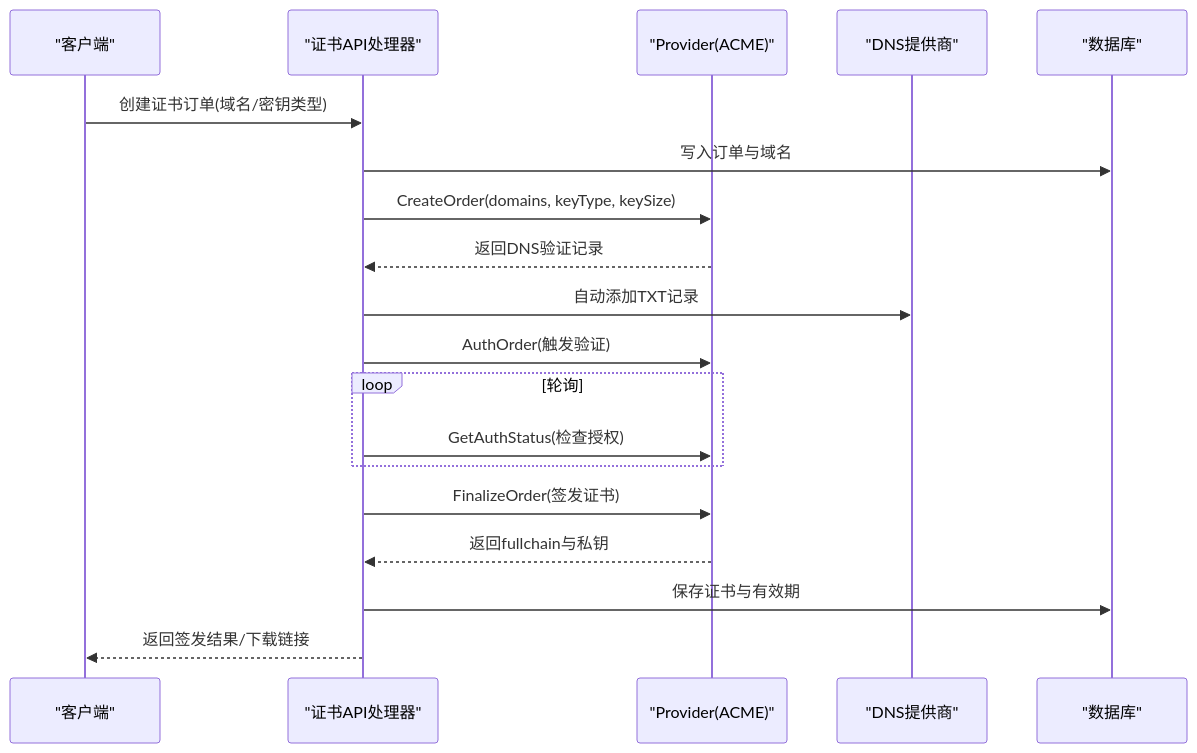
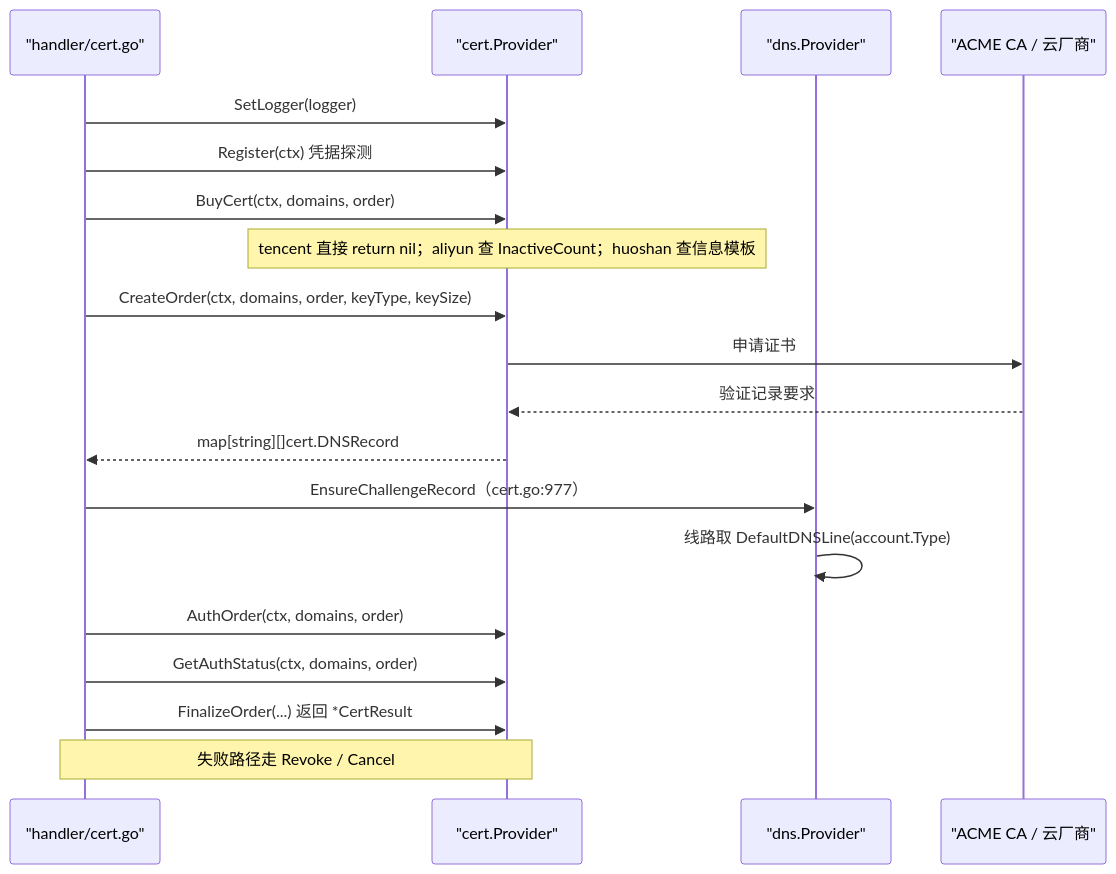
The second of 2 diagrams in docs/扩展开发/证书提供商扩展.md (x01n/dnsplane), drawn with Mermaid before and after one commit. The commit also changed other lines of this file and 326 other files, not shown here.

````diff
--- a/docs/扩展开发/证书提供商扩展.md
+++ b/docs/扩展开发/证书提供商扩展.md
@@ -114,21 +163,21 @@
 ```mermaid
 sequenceDiagram
-participant Client as "客户端"
-participant API as "证书API处理器"
-participant Prov as "Provider(ACME)"
-participant DNS as "DNS提供商"
-participant DB as "数据库"
-Client->>API : 创建证书订单(域名/密钥类型)
-API->>DB : 写入订单与域名
-API->>Prov : CreateOrder(domains, keyType, keySize)
-Prov-->>API : 返回DNS验证记录
-API->>DNS : 自动添加TXT记录
-API->>Prov : AuthOrder(触发验证)
-loop 轮询
-API->>Prov : GetAuthStatus(检查授权)
-end
-API->>Prov : FinalizeOrder(签发证书)
-Prov-->>API : 返回fullchain与私钥
-API->>DB : 保存证书与有效期
-API-->>Client : 返回签发结果/下载链接
+participant H as "handler/cert.go"
+participant CP as "cert.Provider"
+participant DP as "dns.Provider"
+participant CA as "ACME CA / 云厂商"
+H->>CP : SetLogger(logger)
+H->>CP : Register(ctx) 凭据探测
+H->>CP : BuyCert(ctx, domains, order)
+Note over CP : tencent 直接 return nil；aliyun 查 InactiveCount；huoshan 查信息模板
+H->>CP : CreateOrder(ctx, domains, order, keyType, keySize)
+CP->>CA : 申请证书
+CA-->>CP : 验证记录要求
+CP-->>H : map[string][]cert.DNSRecord
+H->>DP : EnsureChallengeRecord（cert.go:977）
+DP->>DP : 线路取 DefaultDNSLine(account.Type)
+H->>CP : AuthOrder(ctx, domains, order)
+H->>CP : GetAuthStatus(ctx, domains, order)
+H->>CP : FinalizeOrder(...) 返回 *CertResult
+Note over H,CP : 失败路径走 Revoke / Cancel
 ```
````
